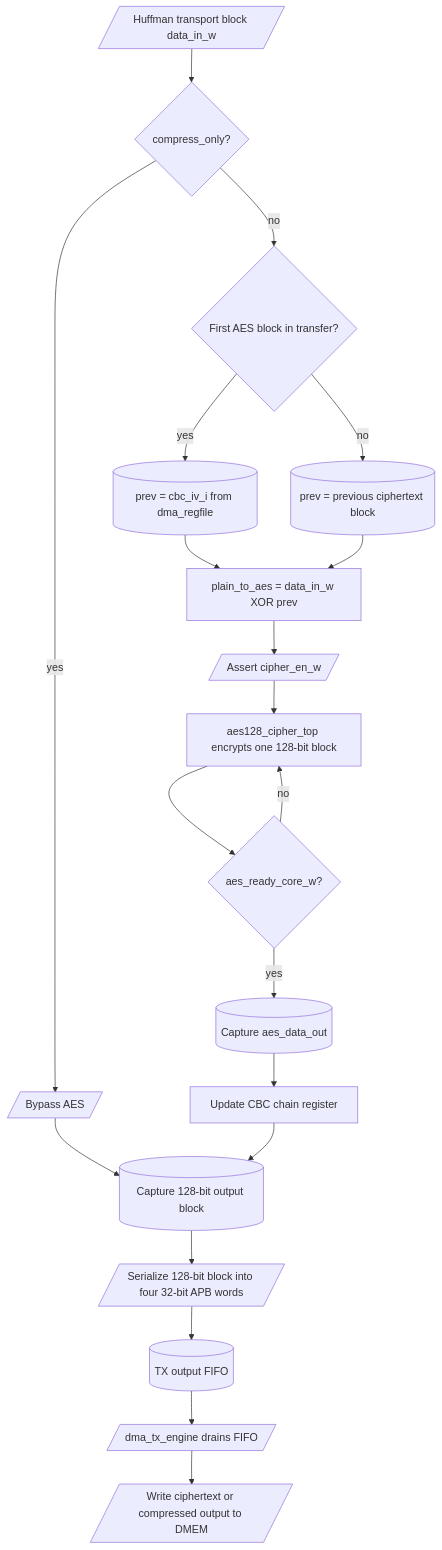
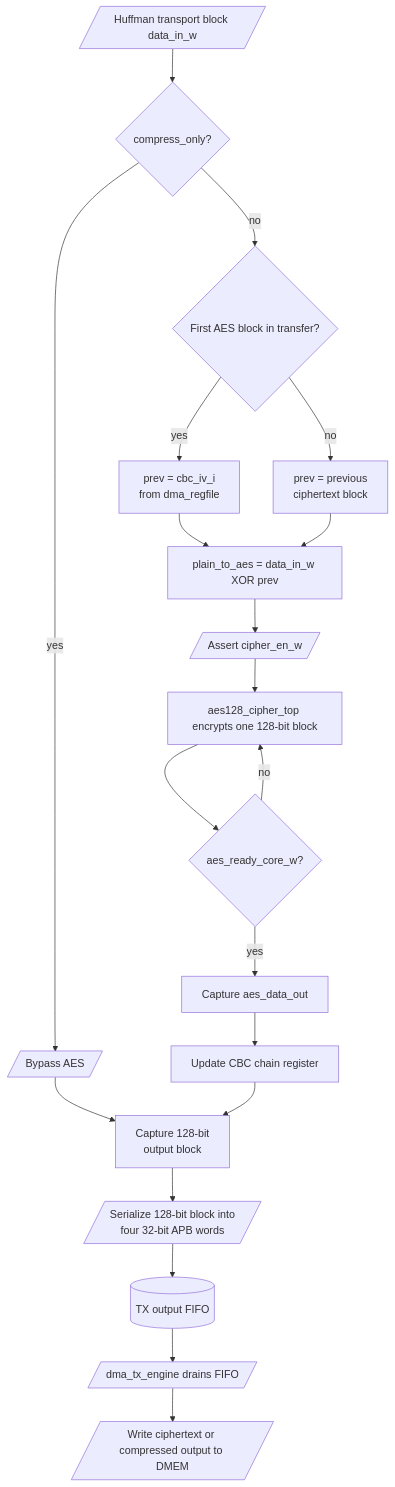
The sixth of 8 diagrams in docs/huffman_aes_riscv_flowchart_spec.md (ngoquocan139/AES_huffman_all6), drawn with Mermaid before and after one commit. The commit also changed other lines of this file and 17 other files, not shown here.

````diff
--- a/docs/huffman_aes_riscv_flowchart_spec.md
+++ b/docs/huffman_aes_riscv_flowchart_spec.md
@@ -230,24 +312,24 @@
 ```mermaid
 flowchart TD
     A[/"Huffman transport block data_in_w"/] --> B{"compress_only?"}
     B -->|"yes"| C[/"Bypass AES"/]
-    C --> D[("Capture 128-bit output block")]
+    C --> D["Capture 128-bit<br/>output block"]
 
     B -->|"no"| E{"First AES block in transfer?"}
-    E -->|"yes"| F[("prev = cbc_iv_i from dma_regfile")]
-    E -->|"no"| G[("prev = previous ciphertext block")]
+    E -->|"yes"| F["prev = cbc_iv_i<br/>from dma_regfile"]
+    E -->|"no"| G["prev = previous<br/>ciphertext block"]
     F --> H["plain_to_aes = data_in_w XOR prev"]
     G --> H
     H --> I[/"Assert cipher_en_w"/]
     I --> J["aes128_cipher_top encrypts one 128-bit block"]
     J --> K{"aes_ready_core_w?"}
     K -->|"no"| J
-    K -->|"yes"| L[("Capture aes_data_out")]
+    K -->|"yes"| L["Capture aes_data_out"]
     L --> M["Update CBC chain register"]
     M --> D
 
-    D --> N[/"Serialize 128-bit block into four 32-bit APB words"/]
+    D --> N[/"Serialize 128-bit block into<br/>four 32-bit APB words"/]
     N --> O[("TX output FIFO")]
     O --> P[/"dma_tx_engine drains FIFO"/]
     P --> Q[/"Write ciphertext or compressed output to DMEM"/]
 ```
````
